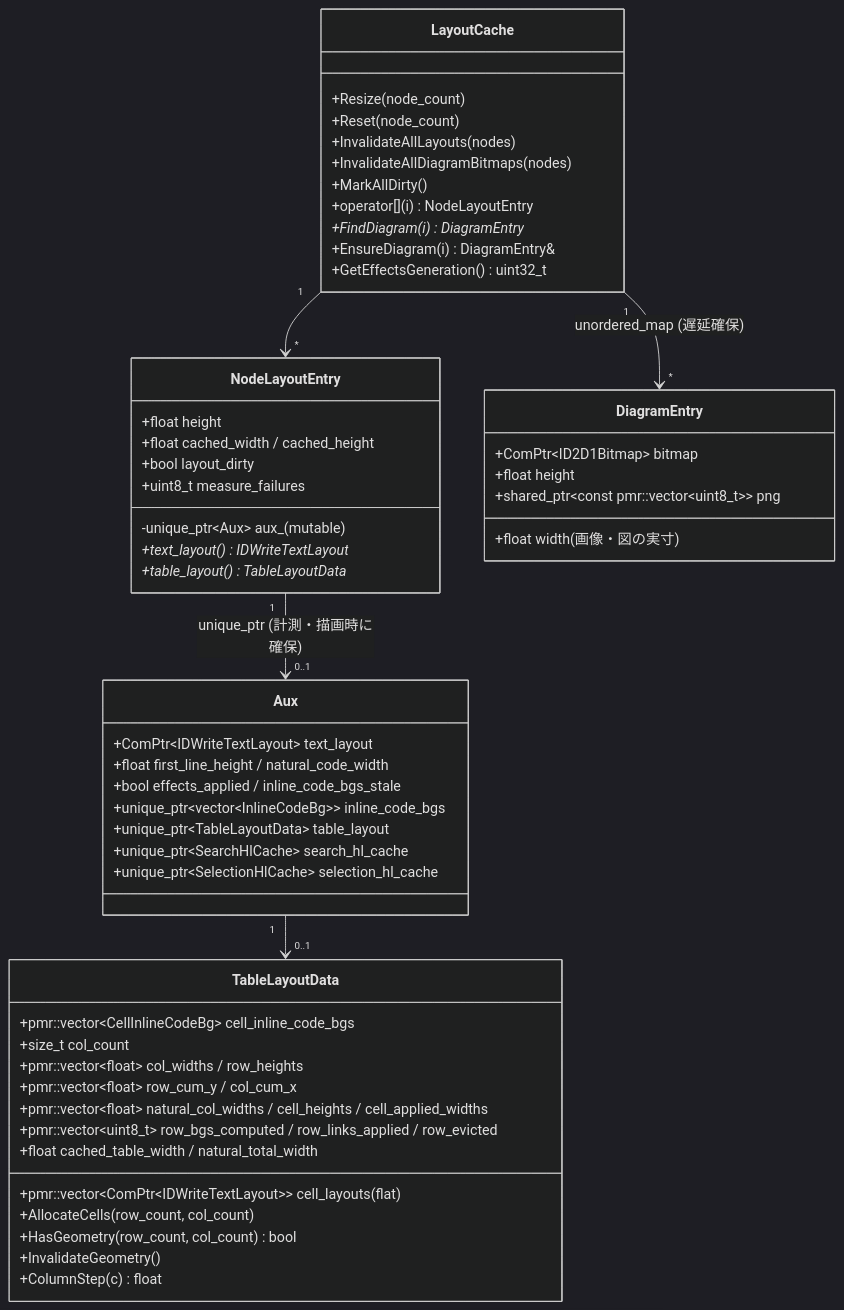
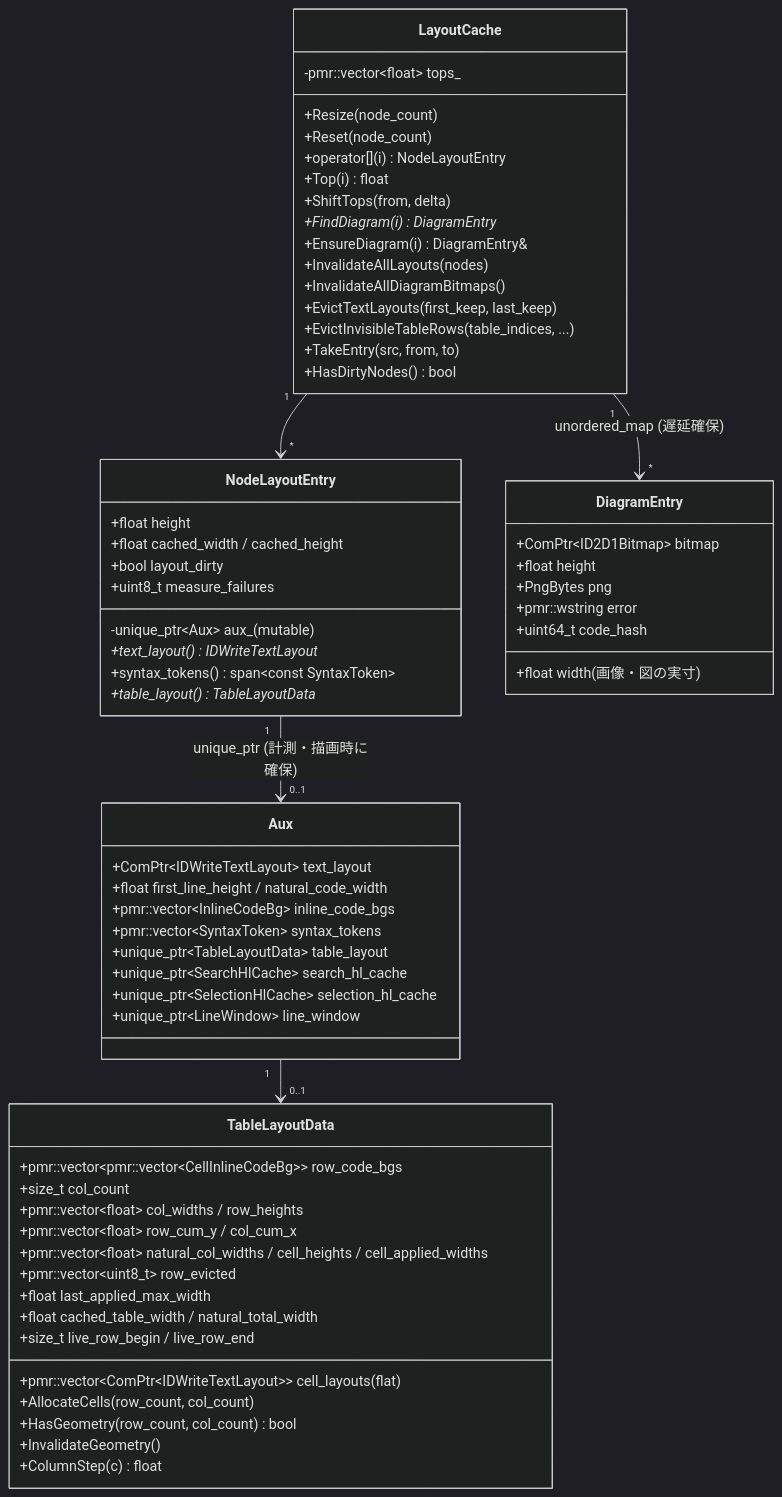
Before and after one commit to tanaton/mendo: diagram 16 of 27 in example/test.md, drawn with Mermaid (dark theme). The commit also changed other lines of this file and 2 other files, not shown here.

````diff
--- a/example/test.md
+++ b/example/test.md
@@ -2812,61 +2936,72 @@
 ```mermaid
 classDiagram
     class LayoutCache {
         +Resize(node_count)
         +Reset(node_count)
-        +InvalidateAllLayouts(nodes)
-        +InvalidateAllDiagramBitmaps(nodes)
-        +MarkAllDirty()
         +operator[](i) NodeLayoutEntry
+        +Top(i) float
+        +ShiftTops(from, delta)
         +FindDiagram(i) DiagramEntry*
         +EnsureDiagram(i) DiagramEntry&
-        +GetEffectsGeneration() uint32_t
+        +InvalidateAllLayouts(nodes)
+        +InvalidateAllDiagramBitmaps()
+        +EvictTextLayouts(first_keep, last_keep)
+        +EvictInvisibleTableRows(table_indices, ...)
+        +TakeEntry(src, from, to)
+        +HasDirtyNodes() bool
+        -pmr::vector~float~ tops_
     }
 
     class NodeLayoutEntry {
         +float height
         +float cached_width / cached_height
         +bool layout_dirty
         +uint8_t measure_failures
         -unique_ptr~Aux~ aux_ (mutable)
         +text_layout() IDWriteTextLayout*
+        +syntax_tokens() span~const SyntaxToken~
         +table_layout() TableLayoutData*
     }
 
     class Aux {
         +ComPtr~IDWriteTextLayout~ text_layout
         +float first_line_height / natural_code_width
-        +bool effects_applied / inline_code_bgs_stale
-        +unique_ptr~vector~InlineCodeBg~~ inline_code_bgs
+        +pmr::vector~InlineCodeBg~ inline_code_bgs
+        +pmr::vector~SyntaxToken~ syntax_tokens
         +unique_ptr~TableLayoutData~ table_layout
         +unique_ptr~SearchHlCache~ search_hl_cache
         +unique_ptr~SelectionHlCache~ selection_hl_cache
+        +unique_ptr~LineWindow~ line_window
     }
 
     class TableLayoutData {
         +pmr::vector~ComPtr~IDWriteTextLayout~~ cell_layouts (flat)
-        +pmr::vector~CellInlineCodeBg~ cell_inline_code_bgs
+        +pmr::vector~pmr::vector~CellInlineCodeBg~~ row_code_bgs
         +size_t col_count
         +pmr::vector~float~ col_widths / row_heights
         +pmr::vector~float~ row_cum_y / col_cum_x
         +pmr::vector~float~ natural_col_widths / cell_heights / cell_applied_widths
-        +pmr::vector~uint8_t~ row_bgs_computed / row_links_applied / row_evicted
+        +pmr::vector~uint8_t~ row_evicted
+        +float last_applied_max_width
         +float cached_table_width / natural_total_width
+        +size_t live_row_begin / live_row_end
         +AllocateCells(row_count, col_count)
         +HasGeometry(row_count, col_count) bool
         +InvalidateGeometry()
         +ColumnStep(c) float
     }
 
     class DiagramEntry {
         +ComPtr~ID2D1Bitmap~ bitmap
         +float width (画像・図の実寸)
         +float height
-        +shared_ptr~const pmr::vector~uint8_t~~ png
+        +PngBytes png
+        +pmr::wstring error
+        +uint64_t code_hash
     }
 
     LayoutCache "1" --> "*" NodeLayoutEntry
     LayoutCache "1" --> "*" DiagramEntry : unordered_map (遅延確保)
     NodeLayoutEntry "1" --> "0..1" Aux : unique_ptr (計測・描画時に確保)
     Aux "1" --> "0..1" TableLayoutData
 ```
````
